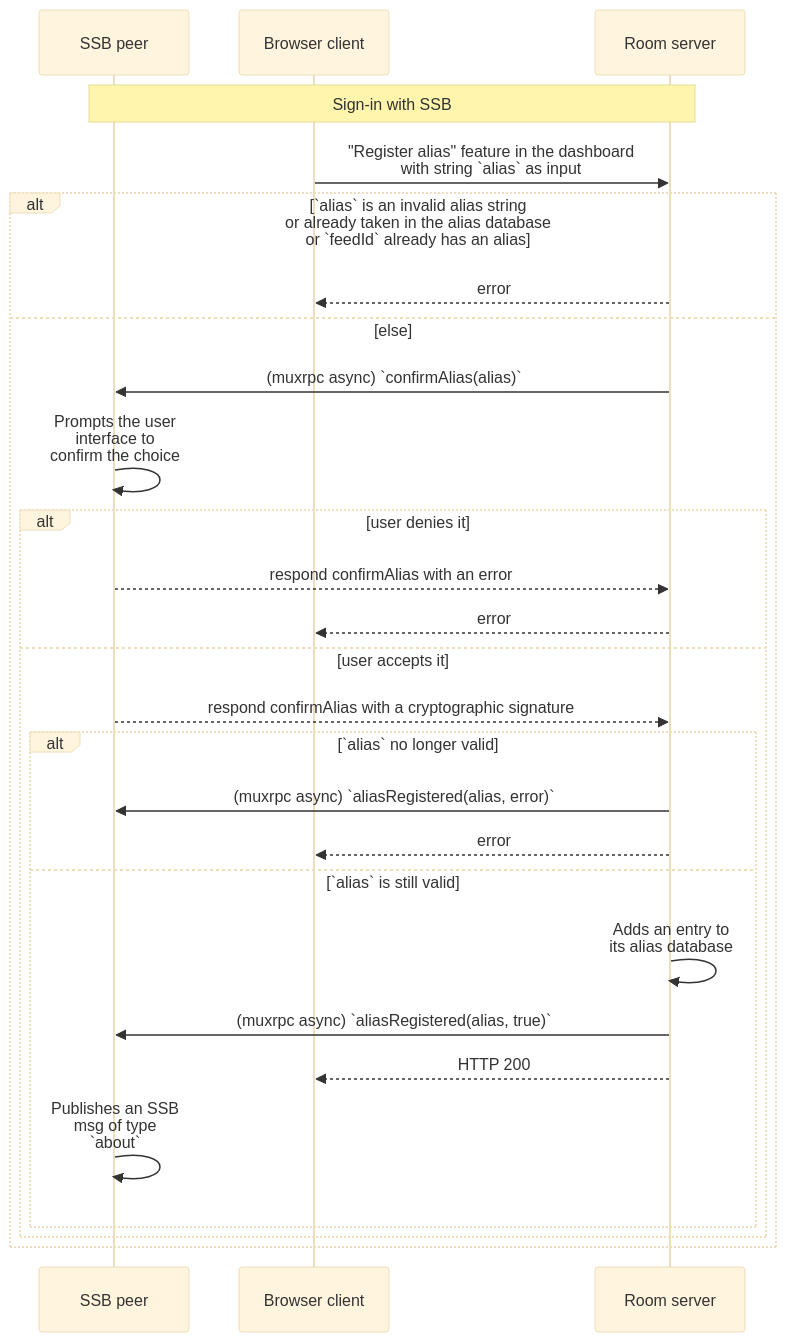
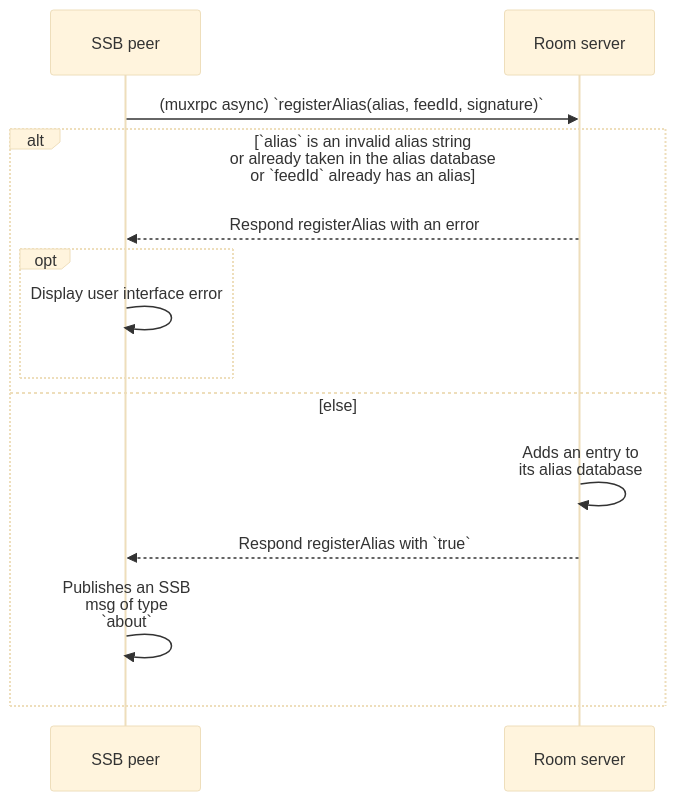
Before and after one commit to ssbc/rooms2: the diagram in docs/Alias/Registration.md, drawn with Mermaid (base theme). The commit also changed other lines of this file and 2 other files, not shown here.

Commit message:
simplify registration/revocation with just 1 muxrpc

````diff
--- a/docs/Alias/Registration.md
+++ b/docs/Alias/Registration.md
@@ -39,31 +27,17 @@
 ```mermaid
 sequenceDiagram
-  participant Umux as SSB peer
-  participant Uweb as Browser client
+  participant U as SSB peer
   participant R as Room server
 
-  Note over Umux,R: Sign-in with SSB
-
-  Uweb->>R: "Register alias" feature in the dashboard<br/>with string `alias` as input
+  U->>R: (muxrpc async) `registerAlias(alias, feedId, signature)`
   alt `alias` is an invalid alias string<br/>or already taken in the alias database<br/>or `feedId` already has an alias
-    R-->>Uweb: error
+    R-->>U: Respond registerAlias with an error
+    opt
+        U->>U: Display user interface error
+    end
   else else
-    R->>Umux: (muxrpc async) `confirmAlias(alias)`
-    Umux->>Umux: Prompts the user<br/>interface to<br/>confirm the choice
-    alt user denies it
-        Umux-->>R: respond confirmAlias with an error
-        R-->>Uweb: error
-    else user accepts it
-        Umux-->>R: respond confirmAlias with a cryptographic signature
-        alt `alias` no longer valid
-            R->>Umux: (muxrpc async) `aliasRegistered(alias, error)`
-            R-->>Uweb: error
-        else `alias` is still valid
-            R->>R: Adds an entry to<br/>its alias database
-            R->>Umux: (muxrpc async) `aliasRegistered(alias, true)`
-            R-->>Uweb: HTTP 200
-            Umux->>Umux: Publishes an SSB<br/>msg of type<br/>`about`
-        end
-    end
+    R->>R: Adds an entry to<br/>its alias database
+    R-->>U: Respond registerAlias with `true`
+    U->>U: Publishes an SSB<br/>msg of type<br/>`about`
   end
 ```
````
